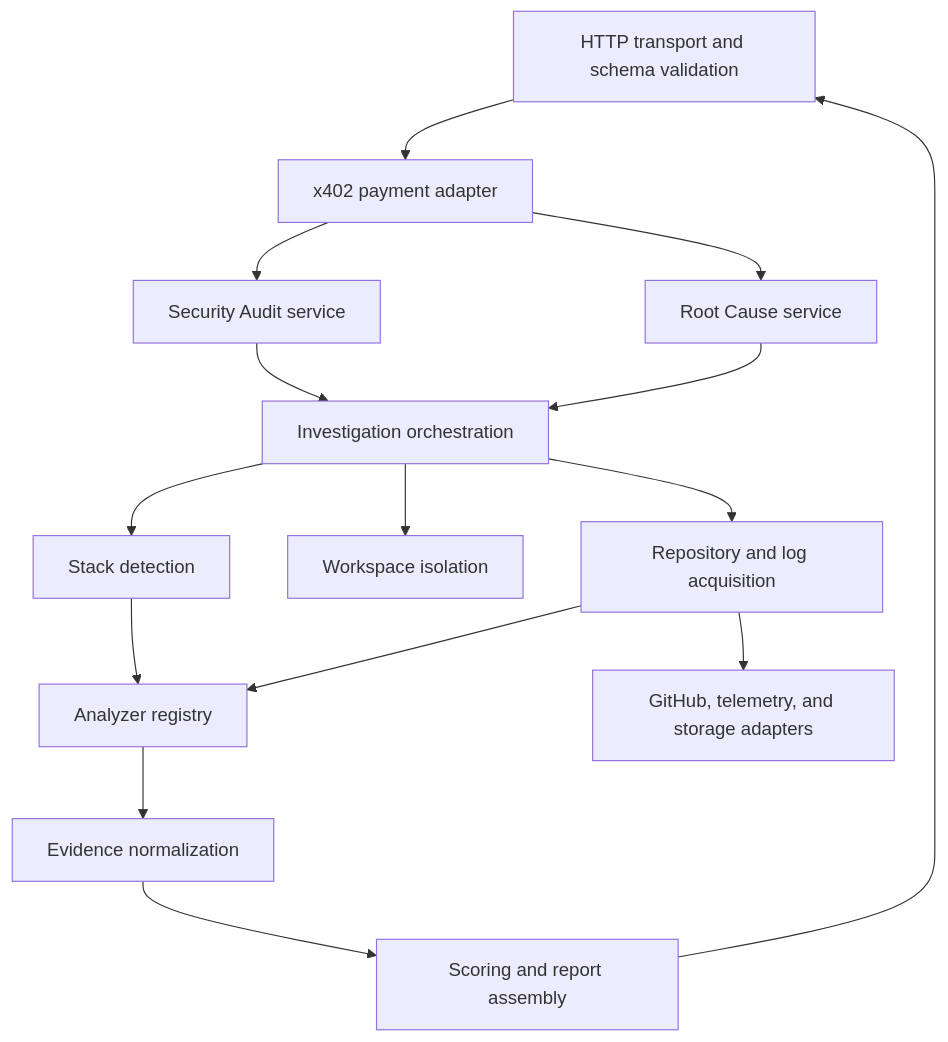
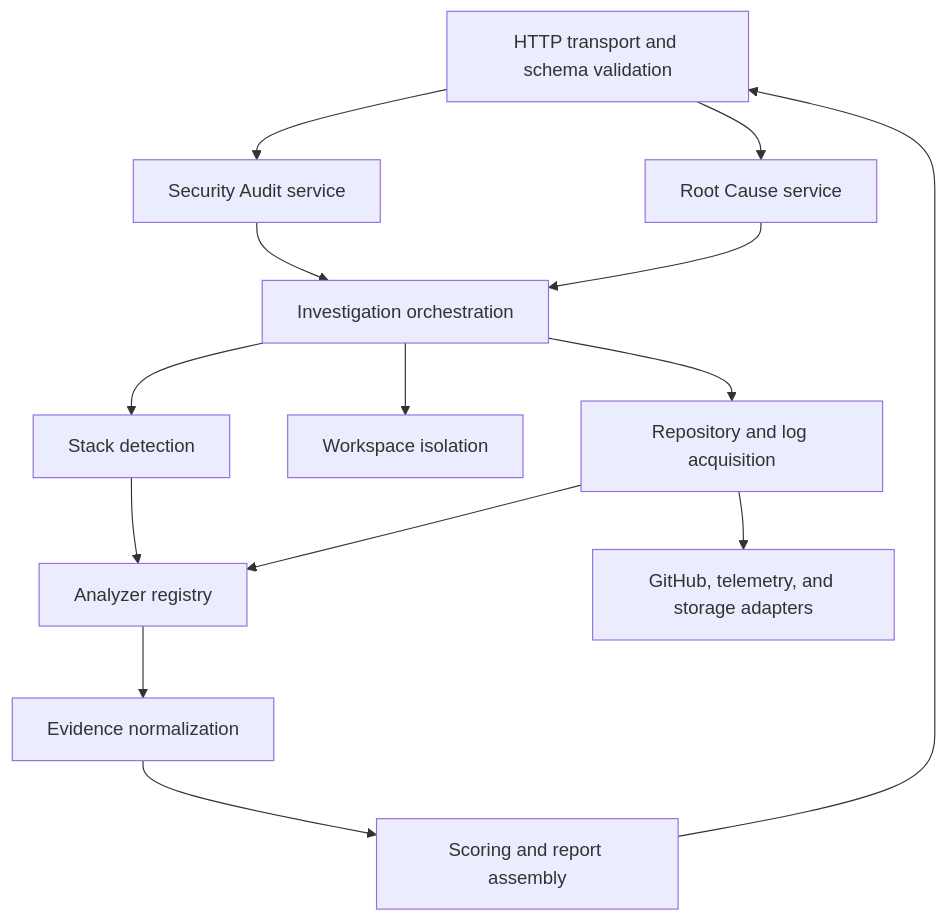
Before and after one commit to onchaindc/Adam: the second of 3 diagrams in ARCHITECTURE.md, drawn with Mermaid. The commit also changed other lines of this file and 17 other files, not shown here.

````diff
--- a/ARCHITECTURE.md
+++ b/ARCHITECTURE.md
@@ -191,30 +181,28 @@
 ```mermaid
 flowchart TD
     Transport["HTTP transport and schema validation"]
-    Payments["x402 payment adapter"]
     SecurityService["Security Audit service"]
     RootCauseService["Root Cause service"]
     Investigation["Investigation orchestration"]
     Acquisition["Repository and log acquisition"]
     Workspace["Workspace isolation"]
     Stack["Stack detection"]
     Analyzer["Analyzer registry"]
     Evidence["Evidence normalization"]
     Report["Scoring and report assembly"]
     Platform["GitHub, telemetry, and storage adapters"]
 
-    Transport --> Payments
-    Payments --> SecurityService
-    Payments --> RootCauseService
+    Transport --> SecurityService
+    Transport --> RootCauseService
     SecurityService --> Investigation
     RootCauseService --> Investigation
     Investigation --> Acquisition
     Investigation --> Workspace
     Investigation --> Stack
     Stack --> Analyzer
     Acquisition --> Analyzer
     Analyzer --> Evidence
     Evidence --> Report
     Acquisition --> Platform
     Report --> Transport
 ```
````
